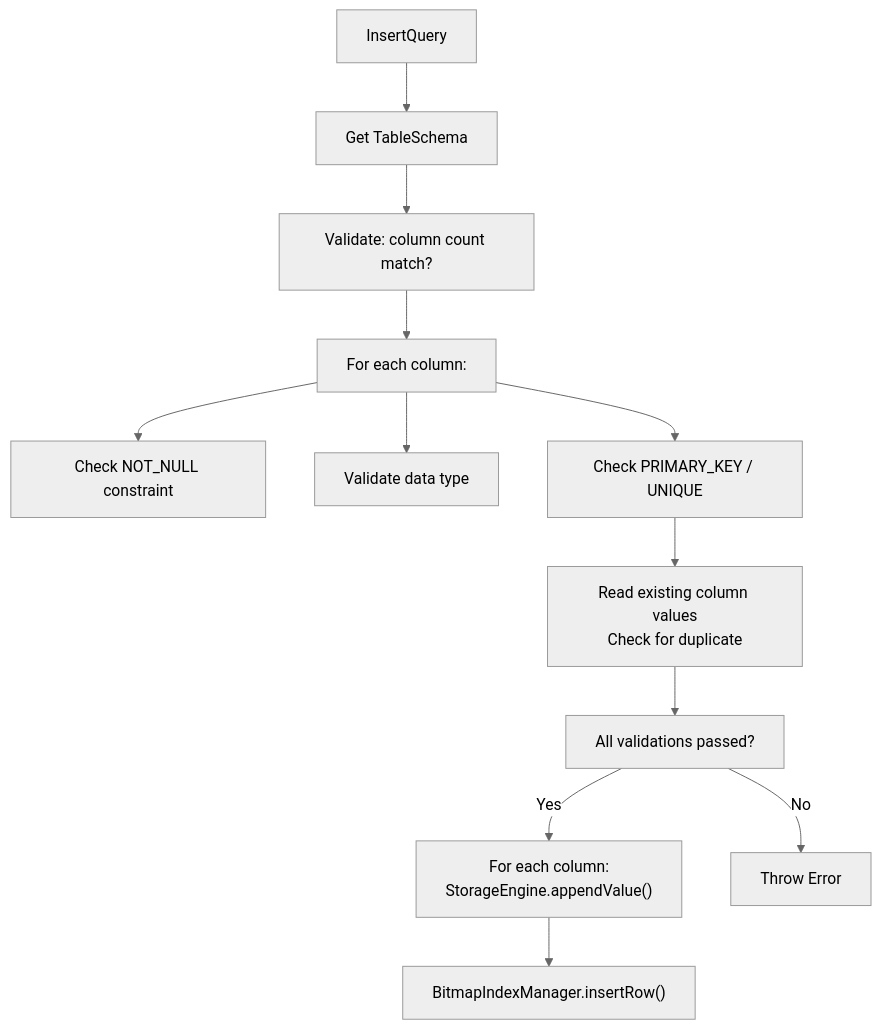
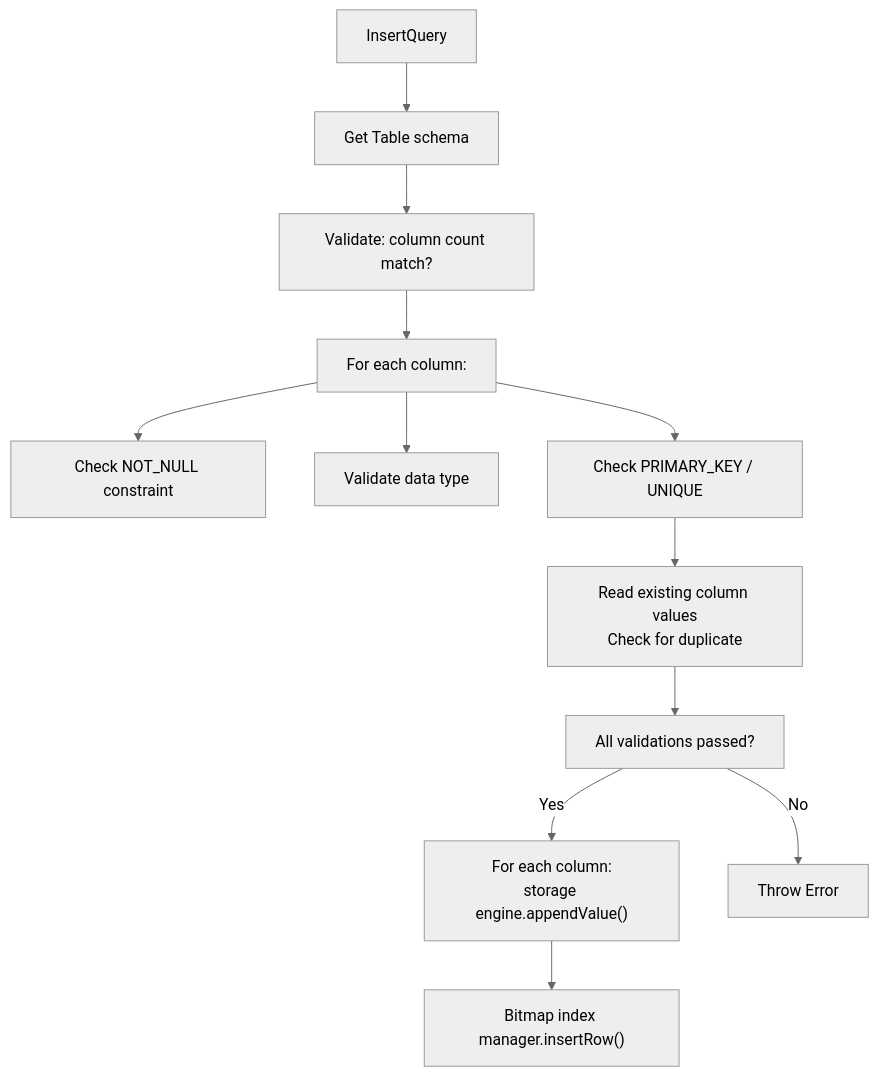
One commit to JILSPATEL/Column-Store-Data-Storage-System changed the seventh of 9 diagrams in README.md. Above: the diagram before and after it, drawn with Mermaid (neutral theme). The commit also changed other lines of this file and 56 other files, not shown here.

````diff
--- a/README.md
+++ b/README.md
@@ -586,14 +565,14 @@
 ```mermaid
 flowchart TD
-    A["InsertQuery"] --> B["Get TableSchema"]
+    A["InsertQuery"] --> B["Get Table schema"]
     B --> C["Validate: column count match?"]
     C --> D["For each column:"]
     D --> E["Check NOT_NULL constraint"]
     D --> F["Validate data type"]
     D --> G["Check PRIMARY_KEY / UNIQUE"]
     G --> H["Read existing column values\nCheck for duplicate"]
     H --> I["All validations passed?"]
-    I -->|Yes| J["For each column:\nStorageEngine.appendValue()"]
-    J --> K["BitmapIndexManager.insertRow()"]
+    I -->|Yes| J["For each column:\nstorage engine.appendValue()"]
+    J --> K["Bitmap index manager.insertRow()"]
     I -->|No| L["Throw Error"]
 ```
````
